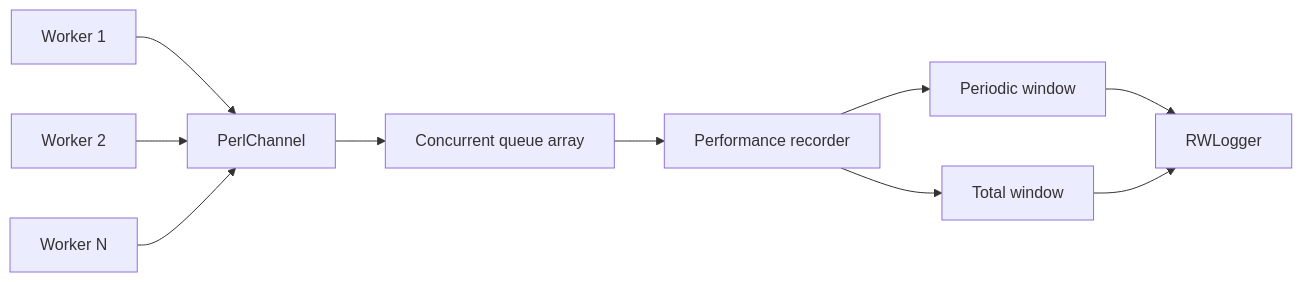
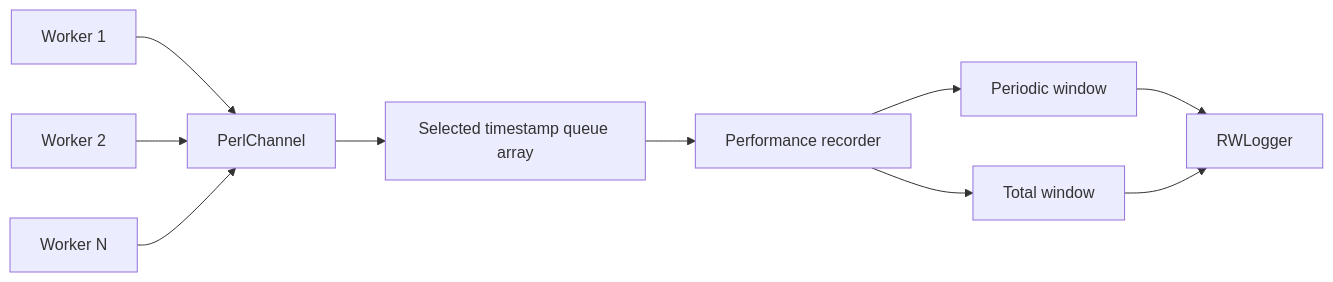
One commit to kmgowda/SBK changed the sixth of 7 diagrams in docs/ARCHITECTURE.md. Above: the diagram before and after it, drawn with Mermaid. The commit also changed other lines of this file and 9 other files, not shown here.

Commit message:
Update timestamp queue documentation

````diff
--- a/docs/ARCHITECTURE.md
+++ b/docs/ARCHITECTURE.md
@@ -199,12 +199,12 @@
 ```mermaid
 flowchart LR
     W1[Worker 1] --> C[PerlChannel]
     W2[Worker 2] --> C
     WN[Worker N] --> C
-    C --> Q[Concurrent queue array]
+    C --> Q[Selected timestamp queue array]
     Q --> R[Performance recorder]
     R --> P[Periodic window]
     R --> T[Total window]
     P --> L[RWLogger]
     T --> L
 ```
````
